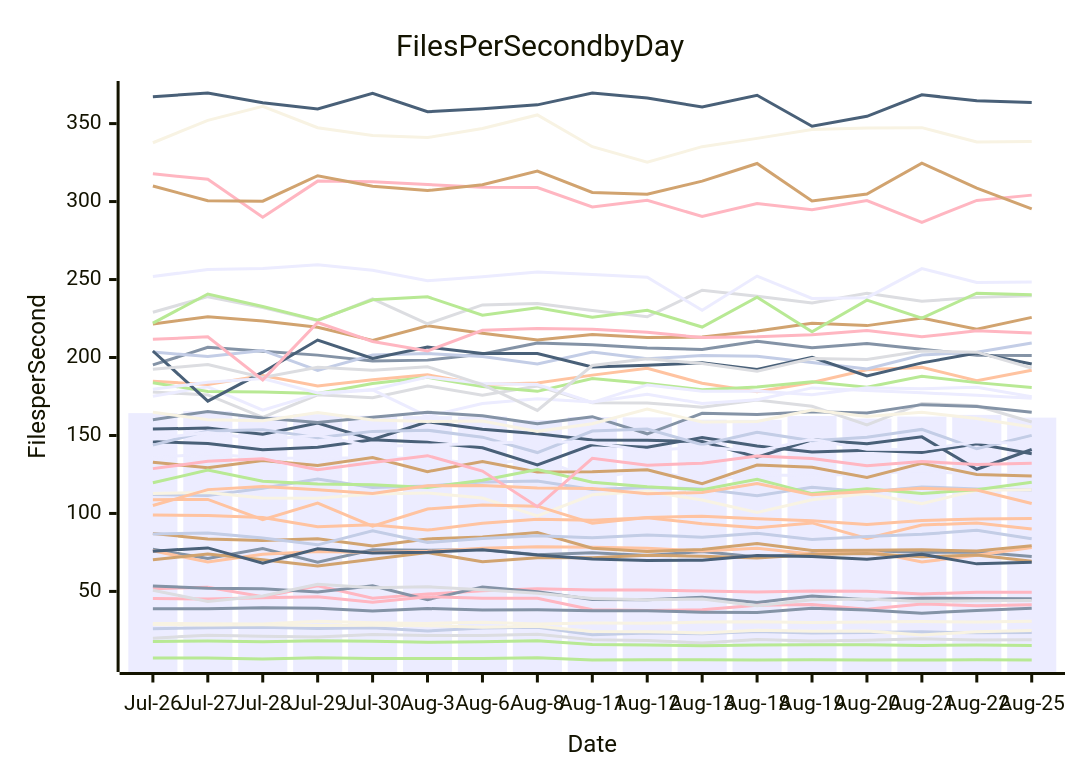
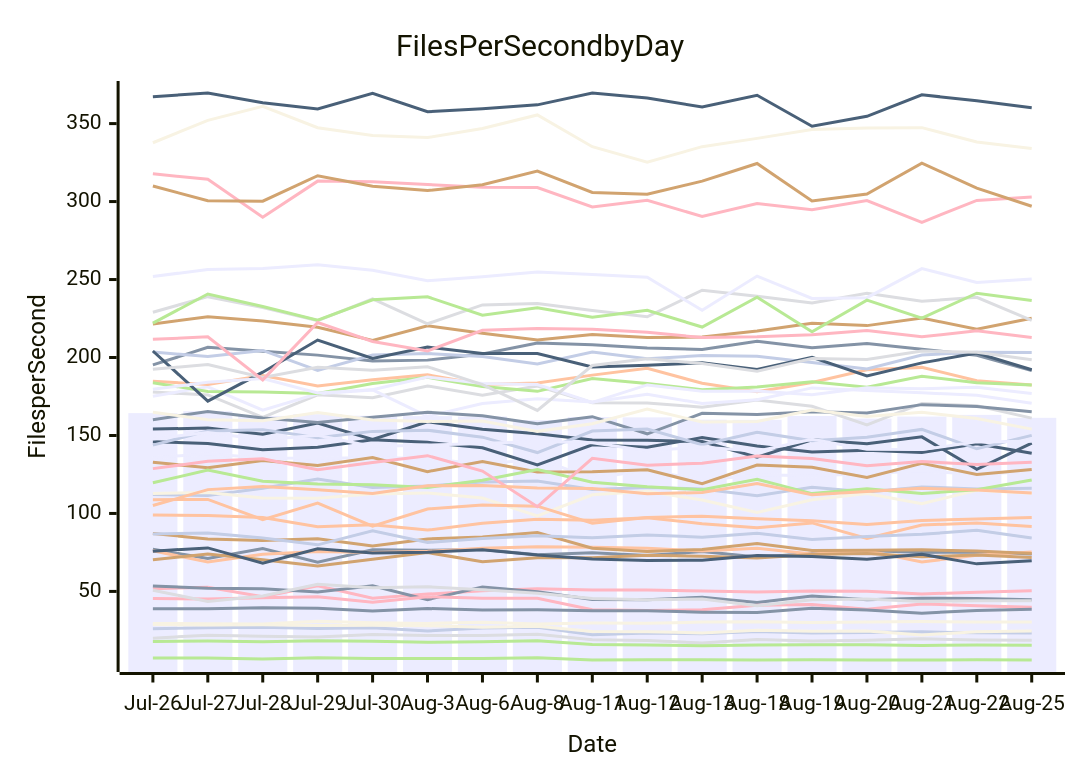
The diagram in perf-report.md (streetsidesoftware/cspell), drawn with Mermaid before and after one commit. The commit also changed other lines of this file and 1 other file, not shown here.

````diff
--- a/perf-report.md
+++ b/perf-report.md
@@ -10,57 +10,57 @@
 ```mermaid
 xychart-beta
     title Files Per Second by Day
     y-axis Files per Second
     x-axis Date [Jul-26, Jul-27, Jul-28, Jul-29, Jul-30, Aug-3, Aug-6, Aug-8, Aug-11, Aug-12, Aug-13, Aug-18, Aug-19, Aug-20, Aug-21, Aug-22, Aug-25]
-    bar [164.32, 165.56, 162.55, 163.67, 162.66, 162.42, 162.15, 159.78, 161.87, 161.59, 160.12, 160.00, 162.54, 160.82, 162.11, 163.20, 161.44]
-    line [77.07, 71.05, 77.49, 68.74, 76.65, 76.34, 76.92, 73.53, 74.78, 72.96, 75.57, 72.13, 74.31, 76.20, 74.98, 75.32, 72.33]
-    line [76.05, 68.90, 73.77, 75.65, 74.99, 75.71, 77.66, 78.66, 78.35, 77.65, 75.86, 77.65, 74.07, 76.09, 68.93, 73.13, 78.22]
-    line [20.04, 21.91, 21.31, 20.80, 22.35, 21.72, 21.80, 22.54, 19.07, 18.54, 16.95, 19.10, 18.27, 18.74, 19.65, 18.80, 18.93]
-    line [17.96, 18.17, 17.67, 18.43, 18.02, 17.45, 17.65, 18.37, 15.99, 15.64, 15.11, 15.67, 15.78, 15.86, 15.35, 15.70, 15.30]
-    line [221.48, 226.19, 223.44, 219.34, 210.97, 220.37, 215.62, 211.22, 214.76, 212.79, 213.14, 217.00, 221.94, 220.45, 225.30, 218.11, 225.72]
-    line [26.08, 26.71, 26.98, 26.19, 26.72, 24.58, 26.54, 27.00, 22.24, 23.36, 22.81, 24.23, 23.27, 23.59, 24.08, 23.43, 23.65]
-    line [51.67, 52.73, 46.52, 53.63, 45.66, 48.27, 50.39, 51.68, 50.89, 50.88, 50.22, 49.59, 50.25, 50.03, 48.40, 49.47, 49.47]
-    line [154.10, 154.75, 150.75, 157.93, 147.43, 158.79, 154.00, 151.10, 147.11, 146.86, 146.10, 136.12, 147.29, 144.63, 149.12, 128.33, 141.03]
-    line [29.48, 29.26, 29.06, 30.88, 29.94, 29.48, 30.19, 29.03, 29.67, 29.60, 30.33, 30.62, 30.06, 30.32, 30.71, 30.33, 30.89]
-    line [135.79, 138.26, 135.57, 135.43, 135.66, 135.43, 131.19, 135.23, 122.44, 127.81, 121.17, 124.81, 124.18, 125.47, 127.40, 124.91, 125.16]
-    line [53.48, 52.00, 51.65, 49.61, 53.65, 44.73, 52.88, 49.80, 44.85, 44.73, 46.28, 42.85, 47.12, 44.69, 45.57, 45.49, 45.33]
-    line [99.07, 98.61, 97.42, 91.49, 92.79, 89.32, 93.72, 96.32, 95.66, 97.25, 93.41, 90.83, 93.92, 83.91, 92.53, 93.93, 90.00]
-    line [177.92, 175.97, 161.59, 176.09, 174.17, 181.77, 175.87, 181.75, 171.06, 170.80, 168.18, 172.80, 168.69, 156.73, 170.52, 169.10, 158.67]
-    line [7.34, 7.37, 6.62, 7.52, 6.92, 6.91, 7.06, 7.47, 6.09, 6.22, 6.12, 6.05, 6.23, 6.09, 6.02, 6.19, 6.04]
-    line [70.37, 73.91, 70.30, 66.36, 70.57, 74.92, 69.05, 71.64, 71.63, 73.23, 72.55, 71.44, 73.71, 74.27, 72.25, 73.30, 69.38]
-    line [112.16, 111.54, 116.14, 122.06, 116.65, 117.60, 120.09, 120.85, 115.35, 116.69, 115.74, 111.39, 116.78, 113.71, 117.01, 115.75, 115.11]
-    line [45.49, 45.13, 45.94, 46.54, 43.06, 46.57, 45.56, 45.66, 38.22, 37.79, 38.23, 41.09, 41.54, 38.59, 41.99, 40.85, 41.52]
-    line [75.81, 77.91, 68.05, 77.31, 74.56, 75.13, 76.66, 73.32, 70.77, 69.86, 70.01, 73.04, 72.36, 70.62, 73.83, 67.67, 68.77]
-    line [337.72, 352.09, 361.09, 347.33, 342.33, 341.03, 346.90, 355.56, 335.17, 325.27, 335.20, 340.52, 346.23, 347.14, 347.41, 338.20, 338.50]
-    line [175.22, 181.17, 166.29, 176.78, 179.24, 162.30, 170.51, 173.47, 171.46, 176.49, 170.50, 172.92, 180.52, 178.78, 177.41, 175.76, 173.84]
-    line [195.25, 206.51, 204.03, 201.53, 197.81, 198.32, 202.22, 209.23, 208.13, 206.12, 205.21, 210.46, 206.31, 208.96, 205.28, 201.48, 201.29]
-    line [184.81, 182.65, 188.37, 181.75, 185.70, 188.91, 182.68, 183.70, 188.70, 193.07, 183.50, 178.10, 183.95, 192.12, 193.67, 185.05, 191.81]
-    line [229.01, 239.01, 232.02, 223.69, 237.66, 221.63, 233.74, 234.59, 230.11, 226.13, 243.15, 239.31, 234.89, 241.23, 236.06, 238.56, 239.54]
-    line [183.80, 178.20, 177.82, 176.95, 183.37, 187.31, 181.39, 178.30, 186.48, 183.29, 179.27, 181.07, 184.49, 180.99, 187.99, 183.89, 180.81]
-    line [132.81, 129.34, 133.97, 130.74, 135.91, 126.83, 133.33, 126.61, 126.72, 128.04, 119.05, 131.02, 129.61, 123.08, 132.18, 124.93, 124.02]
-    line [203.49, 200.63, 204.54, 191.76, 201.55, 202.60, 200.71, 195.89, 203.57, 199.20, 201.23, 200.81, 196.78, 192.62, 201.64, 203.42, 209.29]
-    line [317.83, 314.26, 289.97, 313.11, 312.72, 310.96, 309.18, 308.97, 296.59, 300.81, 290.46, 298.69, 294.82, 300.68, 286.71, 300.74, 304.13]
-    line [146.01, 144.90, 140.82, 142.51, 147.27, 145.58, 142.12, 131.06, 143.98, 142.41, 148.62, 143.28, 139.37, 140.53, 139.04, 144.69, 138.34]
-    line [112.75, 113.47, 109.84, 109.80, 112.55, 113.19, 109.88, 98.38, 112.00, 114.17, 108.57, 100.66, 108.77, 112.72, 106.20, 114.85, 115.27]
-    line [251.95, 256.48, 257.08, 259.44, 255.93, 249.24, 251.79, 254.83, 253.26, 251.44, 230.32, 252.21, 237.84, 238.36, 257.03, 248.15, 248.50]
-    line [38.94, 38.82, 39.51, 39.23, 37.37, 39.03, 38.14, 38.18, 37.54, 37.60, 36.71, 36.51, 39.25, 38.04, 36.06, 37.72, 39.22]
-    line [108.84, 109.00, 95.94, 106.70, 91.83, 102.88, 105.40, 104.69, 93.74, 97.45, 98.22, 96.65, 95.35, 92.84, 95.49, 96.50, 96.69]
-    line [50.78, 43.58, 47.06, 54.57, 52.43, 53.03, 51.13, 48.90, 45.53, 44.69, 45.18, 40.85, 44.70, 45.09, 43.47, 44.07, 44.23]
-    line [119.65, 127.83, 120.71, 118.86, 118.39, 116.67, 121.26, 128.17, 119.97, 117.10, 115.21, 121.90, 112.74, 115.76, 112.80, 115.24, 119.94]
-    line [87.12, 83.64, 82.58, 83.71, 79.08, 83.62, 84.88, 87.82, 77.70, 75.58, 76.94, 80.70, 76.26, 76.41, 76.73, 75.85, 79.36]
-    line [86.90, 87.47, 84.26, 79.87, 88.81, 81.39, 83.97, 85.77, 84.48, 86.21, 84.78, 87.25, 83.34, 85.16, 86.61, 89.19, 83.78]
-    line [128.75, 133.45, 135.04, 127.98, 132.62, 137.05, 127.16, 104.34, 135.34, 130.97, 132.26, 136.82, 135.16, 130.52, 133.31, 131.34, 132.17]
-    line [204.18, 172.00, 190.59, 211.20, 199.37, 206.67, 202.54, 202.61, 193.89, 195.05, 196.60, 192.32, 200.16, 188.13, 196.57, 202.87, 195.84]
-    line [28.71, 28.53, 28.56, 28.21, 28.32, 27.98, 27.09, 27.59, 24.33, 24.19, 23.40, 25.07, 24.48, 24.64, 22.11, 24.14, 25.00]
-    line [179.58, 184.08, 186.53, 177.20, 179.37, 187.46, 183.38, 182.66, 171.17, 182.41, 178.32, 178.57, 176.08, 180.57, 179.89, 180.99, 174.82]
-    line [160.14, 165.42, 161.19, 158.31, 161.70, 164.91, 162.58, 157.48, 162.05, 151.08, 164.19, 163.52, 165.17, 164.35, 169.78, 168.65, 164.93]
-    line [105.10, 115.28, 117.30, 115.27, 112.83, 117.78, 117.94, 116.33, 116.04, 112.64, 113.43, 119.19, 111.93, 114.00, 116.17, 114.97, 106.35]
-    line [192.42, 195.47, 187.19, 193.79, 191.90, 194.07, 182.58, 166.07, 194.86, 199.17, 196.17, 191.14, 199.41, 198.71, 204.15, 203.44, 193.26]
-    line [222.04, 240.74, 232.71, 223.95, 236.98, 238.93, 227.08, 231.94, 225.75, 230.29, 219.53, 238.65, 216.52, 236.75, 225.24, 241.21, 240.22]
-    line [309.97, 300.54, 300.28, 316.56, 309.78, 307.09, 310.74, 319.60, 305.87, 304.71, 313.08, 324.40, 300.37, 304.78, 324.68, 308.60, 295.37]
-    line [143.79, 152.94, 153.75, 148.60, 152.63, 153.39, 148.93, 139.04, 152.86, 154.13, 144.07, 152.10, 146.68, 148.87, 153.90, 141.45, 150.09]
-    line [211.67, 213.25, 185.65, 222.45, 210.28, 204.15, 217.44, 218.55, 218.05, 216.13, 212.80, 213.27, 214.61, 217.28, 213.25, 217.17, 215.79]
-    line [367.24, 369.57, 363.41, 359.37, 369.40, 357.63, 359.56, 362.02, 369.62, 366.45, 360.63, 368.14, 348.34, 354.65, 368.47, 364.63, 363.52]
-    line [164.94, 160.13, 159.49, 164.72, 159.99, 159.02, 159.32, 152.64, 157.58, 166.90, 158.63, 158.95, 166.31, 162.23, 164.91, 160.87, 155.46]
-    line [147.77, 151.94, 147.31, 150.10, 142.92, 143.82, 144.85, 146.35, 145.37, 140.27, 142.62, 139.83, 147.55, 141.21, 140.96, 145.89, 144.87]
+    bar [164.32, 165.56, 162.55, 163.67, 162.66, 162.42, 162.15, 159.78, 161.87, 161.59, 160.12, 160.00, 162.54, 160.82, 162.11, 163.20, 161.31]
+    line [77.07, 71.05, 77.49, 68.74, 76.65, 76.34, 76.92, 73.53, 74.78, 72.96, 75.57, 72.13, 74.31, 76.20, 74.98, 75.32, 73.98]
+    line [76.05, 68.90, 73.77, 75.65, 74.99, 75.71, 77.66, 78.66, 78.35, 77.65, 75.86, 77.65, 74.07, 76.09, 68.93, 73.13, 75.35]
+    line [20.04, 21.91, 21.31, 20.80, 22.35, 21.72, 21.80, 22.54, 19.07, 18.54, 16.95, 19.10, 18.27, 18.74, 19.65, 18.80, 18.62]
+    line [17.96, 18.17, 17.67, 18.43, 18.02, 17.45, 17.65, 18.37, 15.99, 15.64, 15.11, 15.67, 15.78, 15.86, 15.35, 15.70, 15.41]
+    line [221.48, 226.19, 223.44, 219.34, 210.97, 220.37, 215.62, 211.22, 214.76, 212.79, 213.14, 217.00, 221.94, 220.45, 225.30, 218.11, 225.16]
+    line [26.08, 26.71, 26.98, 26.19, 26.72, 24.58, 26.54, 27.00, 22.24, 23.36, 22.81, 24.23, 23.27, 23.59, 24.08, 23.43, 23.40]
+    line [51.67, 52.73, 46.52, 53.63, 45.66, 48.27, 50.39, 51.68, 50.89, 50.88, 50.22, 49.59, 50.25, 50.03, 48.40, 49.47, 50.47]
+    line [154.10, 154.75, 150.75, 157.93, 147.43, 158.79, 154.00, 151.10, 147.11, 146.86, 146.10, 136.12, 147.29, 144.63, 149.12, 128.33, 145.05]
+    line [29.48, 29.26, 29.06, 30.88, 29.94, 29.48, 30.19, 29.03, 29.67, 29.60, 30.33, 30.62, 30.06, 30.32, 30.71, 30.33, 30.41]
+    line [135.79, 138.26, 135.57, 135.43, 135.66, 135.43, 131.19, 135.23, 122.44, 127.81, 121.17, 124.81, 124.18, 125.47, 127.40, 124.91, 126.98]
+    line [53.48, 52.00, 51.65, 49.61, 53.65, 44.73, 52.88, 49.80, 44.85, 44.73, 46.28, 42.85, 47.12, 44.69, 45.57, 45.49, 44.61]
+    line [99.07, 98.61, 97.42, 91.49, 92.79, 89.32, 93.72, 96.32, 95.66, 97.25, 93.41, 90.83, 93.92, 83.91, 92.53, 93.93, 91.70]
+    line [177.92, 175.97, 161.59, 176.09, 174.17, 181.77, 175.87, 181.75, 171.06, 170.80, 168.18, 172.80, 168.69, 156.73, 170.52, 169.10, 161.12]
+    line [7.34, 7.37, 6.62, 7.52, 6.92, 6.91, 7.06, 7.47, 6.09, 6.22, 6.12, 6.05, 6.23, 6.09, 6.02, 6.19, 6.02]
+    line [70.37, 73.91, 70.30, 66.36, 70.57, 74.92, 69.05, 71.64, 71.63, 73.23, 72.55, 71.44, 73.71, 74.27, 72.25, 73.30, 71.82]
+    line [112.16, 111.54, 116.14, 122.06, 116.65, 117.60, 120.09, 120.85, 115.35, 116.69, 115.74, 111.39, 116.78, 113.71, 117.01, 115.75, 116.08]
+    line [45.49, 45.13, 45.94, 46.54, 43.06, 46.57, 45.56, 45.66, 38.22, 37.79, 38.23, 41.09, 41.54, 38.59, 41.99, 40.85, 39.81]
+    line [75.81, 77.91, 68.05, 77.31, 74.56, 75.13, 76.66, 73.32, 70.77, 69.86, 70.01, 73.04, 72.36, 70.62, 73.83, 67.67, 69.68]
+    line [337.72, 352.09, 361.09, 347.33, 342.33, 341.03, 346.90, 355.56, 335.17, 325.27, 335.20, 340.52, 346.23, 347.14, 347.41, 338.20, 333.97]
+    line [175.22, 181.17, 166.29, 176.78, 179.24, 162.30, 170.51, 173.47, 171.46, 176.49, 170.50, 172.92, 180.52, 178.78, 177.41, 175.76, 170.70]
+    line [195.25, 206.51, 204.03, 201.53, 197.81, 198.32, 202.22, 209.23, 208.13, 206.12, 205.21, 210.46, 206.31, 208.96, 205.28, 201.48, 191.68]
+    line [184.81, 182.65, 188.37, 181.75, 185.70, 188.91, 182.68, 183.70, 188.70, 193.07, 183.50, 178.10, 183.95, 192.12, 193.67, 185.05, 182.38]
+    line [229.01, 239.01, 232.02, 223.69, 237.66, 221.63, 233.74, 234.59, 230.11, 226.13, 243.15, 239.31, 234.89, 241.23, 236.06, 238.56, 223.75]
+    line [183.80, 178.20, 177.82, 176.95, 183.37, 187.31, 181.39, 178.30, 186.48, 183.29, 179.27, 181.07, 184.49, 180.99, 187.99, 183.89, 182.41]
+    line [132.81, 129.34, 133.97, 130.74, 135.91, 126.83, 133.33, 126.61, 126.72, 128.04, 119.05, 131.02, 129.61, 123.08, 132.18, 124.93, 128.24]
+    line [203.49, 200.63, 204.54, 191.76, 201.55, 202.60, 200.71, 195.89, 203.57, 199.20, 201.23, 200.81, 196.78, 192.62, 201.64, 203.42, 203.18]
+    line [317.83, 314.26, 289.97, 313.11, 312.72, 310.96, 309.18, 308.97, 296.59, 300.81, 290.46, 298.69, 294.82, 300.68, 286.71, 300.74, 302.95]
+    line [146.01, 144.90, 140.82, 142.51, 147.27, 145.58, 142.12, 131.06, 143.98, 142.41, 148.62, 143.28, 139.37, 140.53, 139.04, 144.69, 138.65]
+    line [112.75, 113.47, 109.84, 109.80, 112.55, 113.19, 109.88, 98.38, 112.00, 114.17, 108.57, 100.66, 108.77, 112.72, 106.20, 114.85, 112.98]
+    line [251.95, 256.48, 257.08, 259.44, 255.93, 249.24, 251.79, 254.83, 253.26, 251.44, 230.32, 252.21, 237.84, 238.36, 257.03, 248.15, 250.39]
+    line [38.94, 38.82, 39.51, 39.23, 37.37, 39.03, 38.14, 38.18, 37.54, 37.60, 36.71, 36.51, 39.25, 38.04, 36.06, 37.72, 38.63]
+    line [108.84, 109.00, 95.94, 106.70, 91.83, 102.88, 105.40, 104.69, 93.74, 97.45, 98.22, 96.65, 95.35, 92.84, 95.49, 96.50, 97.40]
+    line [50.78, 43.58, 47.06, 54.57, 52.43, 53.03, 51.13, 48.90, 45.53, 44.69, 45.18, 40.85, 44.70, 45.09, 43.47, 44.07, 43.94]
+    line [119.65, 127.83, 120.71, 118.86, 118.39, 116.67, 121.26, 128.17, 119.97, 117.10, 115.21, 121.90, 112.74, 115.76, 112.80, 115.24, 121.46]
+    line [87.12, 83.64, 82.58, 83.71, 79.08, 83.62, 84.88, 87.82, 77.70, 75.58, 76.94, 80.70, 76.26, 76.41, 76.73, 75.85, 74.38]
+    line [86.90, 87.47, 84.26, 79.87, 88.81, 81.39, 83.97, 85.77, 84.48, 86.21, 84.78, 87.25, 83.34, 85.16, 86.61, 89.19, 84.30]
+    line [128.75, 133.45, 135.04, 127.98, 132.62, 137.05, 127.16, 104.34, 135.34, 130.97, 132.26, 136.82, 135.16, 130.52, 133.31, 131.34, 132.85]
+    line [204.18, 172.00, 190.59, 211.20, 199.37, 206.67, 202.54, 202.61, 193.89, 195.05, 196.60, 192.32, 200.16, 188.13, 196.57, 202.87, 192.16]
+    line [28.71, 28.53, 28.56, 28.21, 28.32, 27.98, 27.09, 27.59, 24.33, 24.19, 23.40, 25.07, 24.48, 24.64, 22.11, 24.14, 24.67]
+    line [179.58, 184.08, 186.53, 177.20, 179.37, 187.46, 183.38, 182.66, 171.17, 182.41, 178.32, 178.57, 176.08, 180.57, 179.89, 180.99, 176.89]
+    line [160.14, 165.42, 161.19, 158.31, 161.70, 164.91, 162.58, 157.48, 162.05, 151.08, 164.19, 163.52, 165.17, 164.35, 169.78, 168.65, 165.26]
+    line [105.10, 115.28, 117.30, 115.27, 112.83, 117.78, 117.94, 116.33, 116.04, 112.64, 113.43, 119.19, 111.93, 114.00, 116.17, 114.97, 113.11]
+    line [192.42, 195.47, 187.19, 193.79, 191.90, 194.07, 182.58, 166.07, 194.86, 199.17, 196.17, 191.14, 199.41, 198.71, 204.15, 203.44, 198.55]
+    line [222.04, 240.74, 232.71, 223.95, 236.98, 238.93, 227.08, 231.94, 225.75, 230.29, 219.53, 238.65, 216.52, 236.75, 225.24, 241.21, 236.60]
+    line [309.97, 300.54, 300.28, 316.56, 309.78, 307.09, 310.74, 319.60, 305.87, 304.71, 313.08, 324.40, 300.37, 304.78, 324.68, 308.60, 296.98]
+    line [143.79, 152.94, 153.75, 148.60, 152.63, 153.39, 148.93, 139.04, 152.86, 154.13, 144.07, 152.10, 146.68, 148.87, 153.90, 141.45, 150.06]
+    line [211.67, 213.25, 185.65, 222.45, 210.28, 204.15, 217.44, 218.55, 218.05, 216.13, 212.80, 213.27, 214.61, 217.28, 213.25, 217.17, 212.77]
+    line [367.24, 369.57, 363.41, 359.37, 369.40, 357.63, 359.56, 362.02, 369.62, 366.45, 360.63, 368.14, 348.34, 354.65, 368.47, 364.63, 360.14]
+    line [164.94, 160.13, 159.49, 164.72, 159.99, 159.02, 159.32, 152.64, 157.58, 166.90, 158.63, 158.95, 166.31, 162.23, 164.91, 160.87, 154.07]
+    line [147.77, 151.94, 147.31, 150.10, 142.92, 143.82, 144.85, 146.35, 145.37, 140.27, 142.62, 139.83, 147.55, 141.21, 140.96, 145.89, 146.30]
 ```
````
